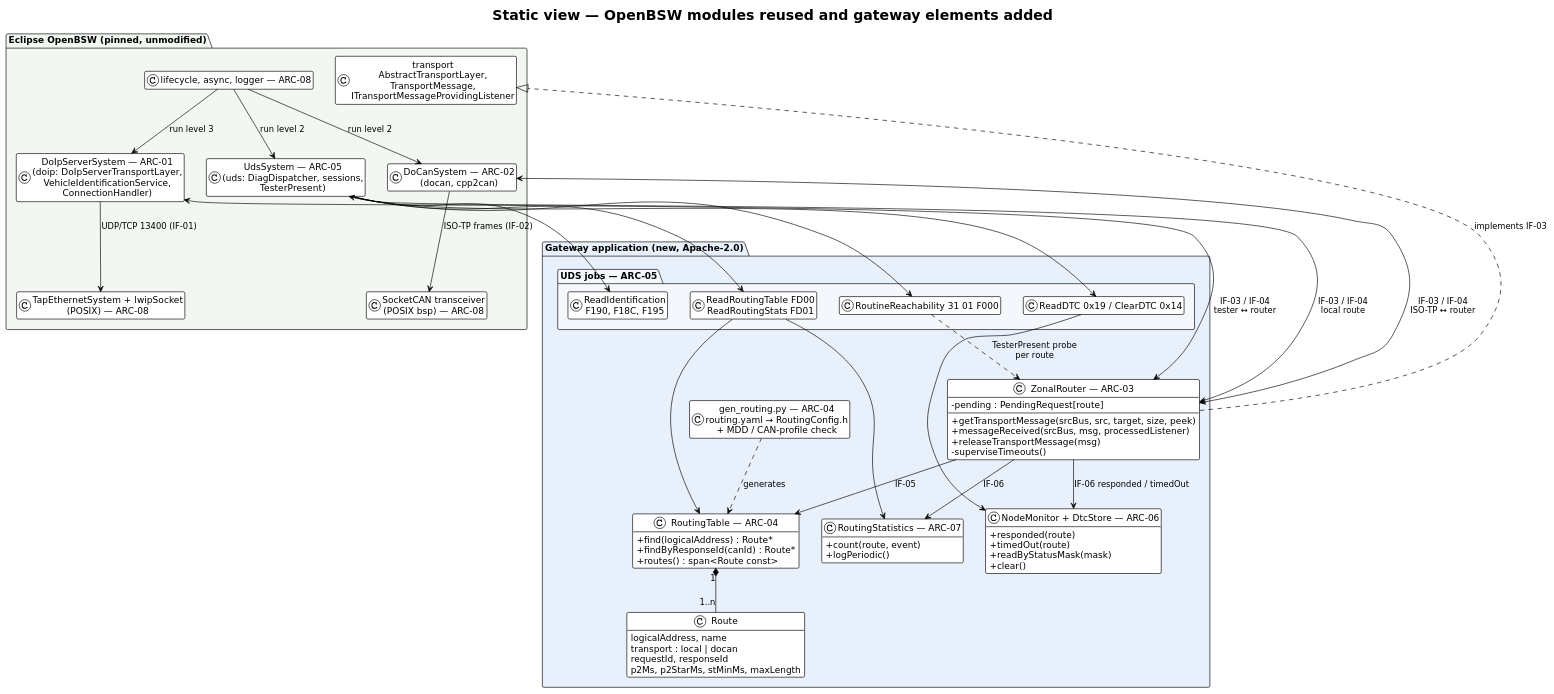
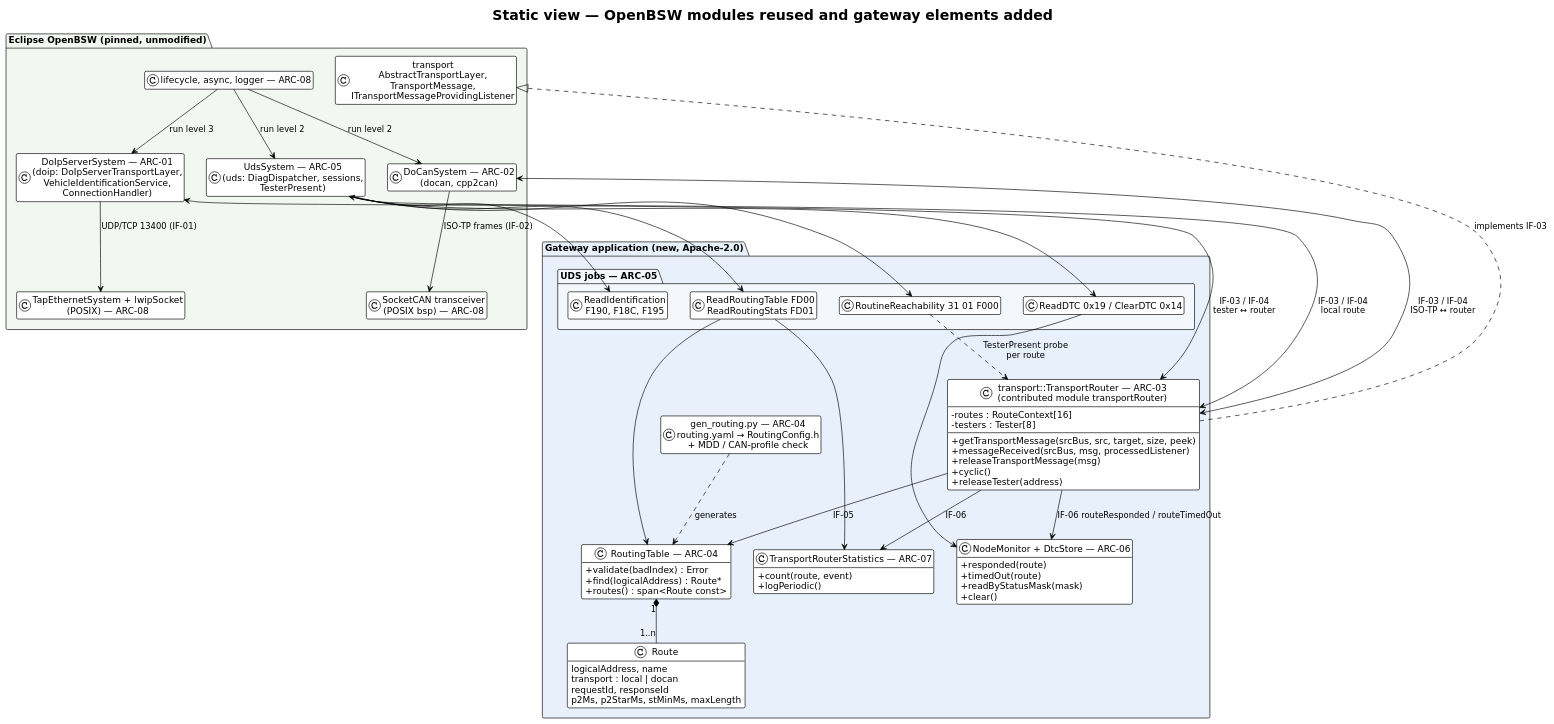
The diagram in OpenBSW/aspice/swe2-architecture/diagrams/components.puml (Eclipse-SDV-Hackathon-Chapter-Four/Thinking_CAPs), drawn with PlantUML before and after one commit. The commit also changed 48 other files, not shown here.

```diff
--- a/OpenBSW/aspice/swe2-architecture/diagrams/components.puml
+++ b/OpenBSW/aspice/swe2-architecture/diagrams/components.puml
@@ -1,80 +1,82 @@
 @startuml components
 !theme plain
 skinparam defaultFontName "DejaVu Sans"
 skinparam shadowing false
 title Static view — OpenBSW modules reused and gateway elements added
 skinparam classAttributeIconSize 0
 set separator none
 hide empty members
 
 package "Gateway application (new, Apache-2.0)" #E8F1FB {
-  class "ZonalRouter — ARC-03" as Router {
+  class "transport::TransportRouter — ARC-03\n(contributed module transportRouter)" as Router {
     +getTransportMessage(srcBus, src, target, size, peek)
     +messageReceived(srcBus, msg, processedListener)
     +releaseTransportMessage(msg)
-    -pending : PendingRequest[route]
-    -superviseTimeouts()
+    -routes : RouteContext[16]
+    -testers : Tester[8]
+    +cyclic()
+    +releaseTester(address)
   }
   class "RoutingTable — ARC-04" as Table {
+    +validate(badIndex) : Error
     +find(logicalAddress) : Route*
-    +findByResponseId(canId) : Route*
     +routes() : span<Route const>
   }
   class "Route" as Route {
     logicalAddress, name
     transport : local | docan
     requestId, responseId
     p2Ms, p2StarMs, stMinMs, maxLength
   }
   class "NodeMonitor + DtcStore — ARC-06" as Mon {
     +responded(route)
     +timedOut(route)
     +readByStatusMask(mask)
     +clear()
   }
-  class "RoutingStatistics — ARC-07" as Stats {
+  class "TransportRouterStatistics — ARC-07" as Stats {
     +count(route, event)
     +logPeriodic()
   }
   package "UDS jobs — ARC-05" #F4F8FC {
     class "ReadIdentification\nF190, F18C, F195" as J1
     class "ReadRoutingTable FD00\nReadRoutingStats FD01" as J2
     class "ReadDTC 0x19 / ClearDTC 0x14" as J3
     class "RoutineReachability 31 01 F000" as J4
   }
   class "gen_routing.py — ARC-04\nrouting.yaml → RoutingConfig.h\n+ MDD / CAN-profile check" as Gen
 }
 
 package "Eclipse OpenBSW (pinned, unmodified)" #F2F7F2 {
   class "DoIpServerSystem — ARC-01\n(doip: DoIpServerTransportLayer,\nVehicleIdentificationService,\nConnectionHandler)" as DoIp
   class "DoCanSystem — ARC-02\n(docan, cpp2can)" as DoCan
   class "UdsSystem — ARC-05\n(uds: DiagDispatcher, sessions,\nTesterPresent)" as Uds
   class "transport\nAbstractTransportLayer,\nTransportMessage,\nITransportMessageProvidingListener" as Tp
   class "lifecycle, async, logger — ARC-08" as Life
   class "TapEthernetSystem + lwipSocket\n(POSIX) — ARC-08" as Eth
   class "SocketCAN transceiver\n(POSIX bsp) — ARC-08" as Can
 }
 
 Router ..|> Tp : implements IF-03
 Router --> Table : IF-05
 Table "1" *-- "1..n" Route
 Router <-up-> DoIp : IF-03 / IF-04\ntester ↔ router
 Router <-up-> DoCan : IF-03 / IF-04\nISO-TP ↔ router
 Router <-up-> Uds : IF-03 / IF-04\nlocal route
-Router --> Mon : IF-06 responded / timedOut
+Router --> Mon : IF-06 routeResponded / routeTimedOut
 Router --> Stats : IF-06
 Uds --> J1
 Uds --> J2
 Uds --> J3
 Uds --> J4
 J2 --> Table
 J2 --> Stats
 J3 --> Mon
 J4 ..> Router : TesterPresent probe\nper route
 Gen ..> Table : generates
 DoIp --> Eth : UDP/TCP 13400 (IF-01)
 DoCan --> Can : ISO-TP frames (IF-02)
 Life --> DoIp : run level 3
 Life --> DoCan : run level 2
 Life --> Uds : run level 2
 @enduml
```
